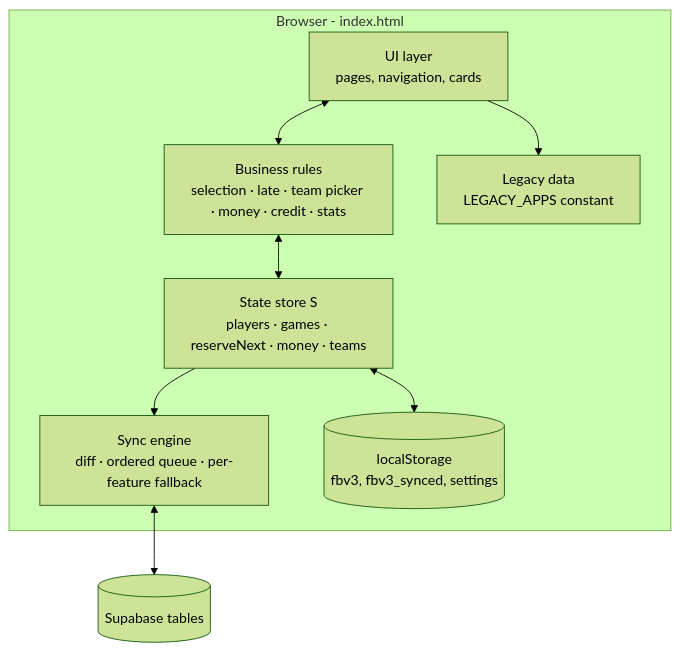
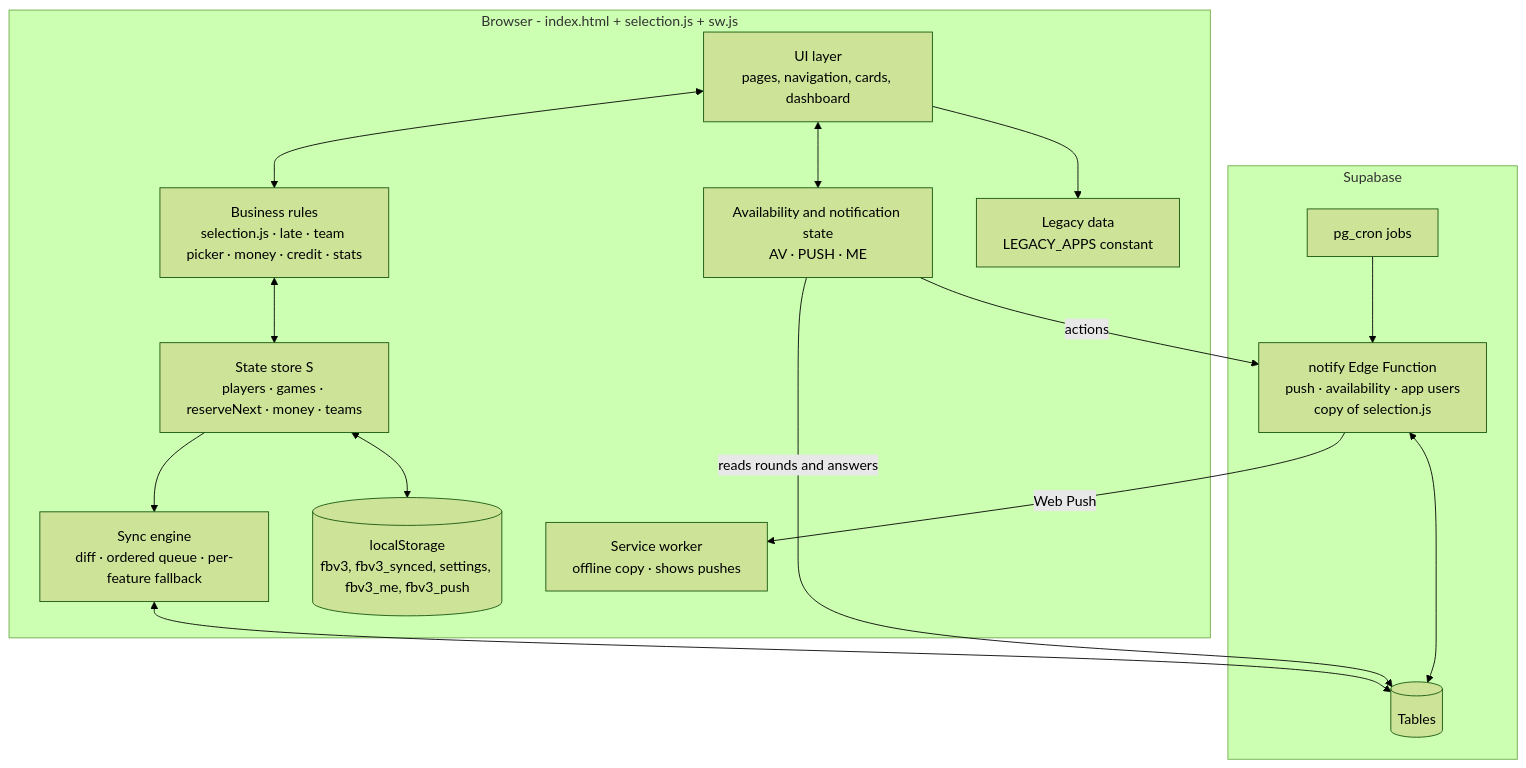
One commit to nealpatel87np/FootballApp changed the second of 10 diagrams in docs/SOLUTION_DESIGN.md. Above: the diagram before and after it, drawn with Mermaid (forest theme). The commit also changed other lines of this file, not shown here.

````diff
--- a/docs/SOLUTION_DESIGN.md
+++ b/docs/SOLUTION_DESIGN.md
@@ -269,17 +281,30 @@
 ```mermaid
 flowchart TB
-  subgraph Browser["Browser - index.html"]
-    UI[UI layer<br/>pages, navigation, cards]
-    RULES[Business rules<br/>selection · late · team picker · money · credit · stats]
+  subgraph Browser["Browser - index.html + selection.js + sw.js"]
+    UI[UI layer<br/>pages, navigation, cards, dashboard]
+    RULES[Business rules<br/>selection.js · late · team picker · money · credit · stats]
     STATE[State store S<br/>players · games · reserveNext · money · teams]
+    AVS[Availability and notification state<br/>AV · PUSH · ME]
     SYNC[Sync engine<br/>diff · ordered queue · per-feature fallback]
-    LS[(localStorage<br/>fbv3, fbv3_synced, settings)]
+    LS[(localStorage<br/>fbv3, fbv3_synced, settings, fbv3_me, fbv3_push)]
     LEG[Legacy data<br/>LEGACY_APPS constant]
+    SW[Service worker<br/>offline copy · shows pushes]
+  end
+  subgraph Supabase
+    SB[(Tables)]
+    FN[notify Edge Function<br/>push · availability · app users<br/>copy of selection.js]
+    CRON[pg_cron jobs]
   end
   UI <--> RULES
   RULES <--> STATE
   UI --> LEG
   STATE <--> LS
   STATE --> SYNC
-  SYNC <--> SB[(Supabase tables)]
+  SYNC <--> SB
+  UI <--> AVS
+  AVS -- reads rounds and answers --> SB
+  AVS -- actions --> FN
+  FN <--> SB
+  CRON --> FN
+  FN -- Web Push --> SW
 ```
````
